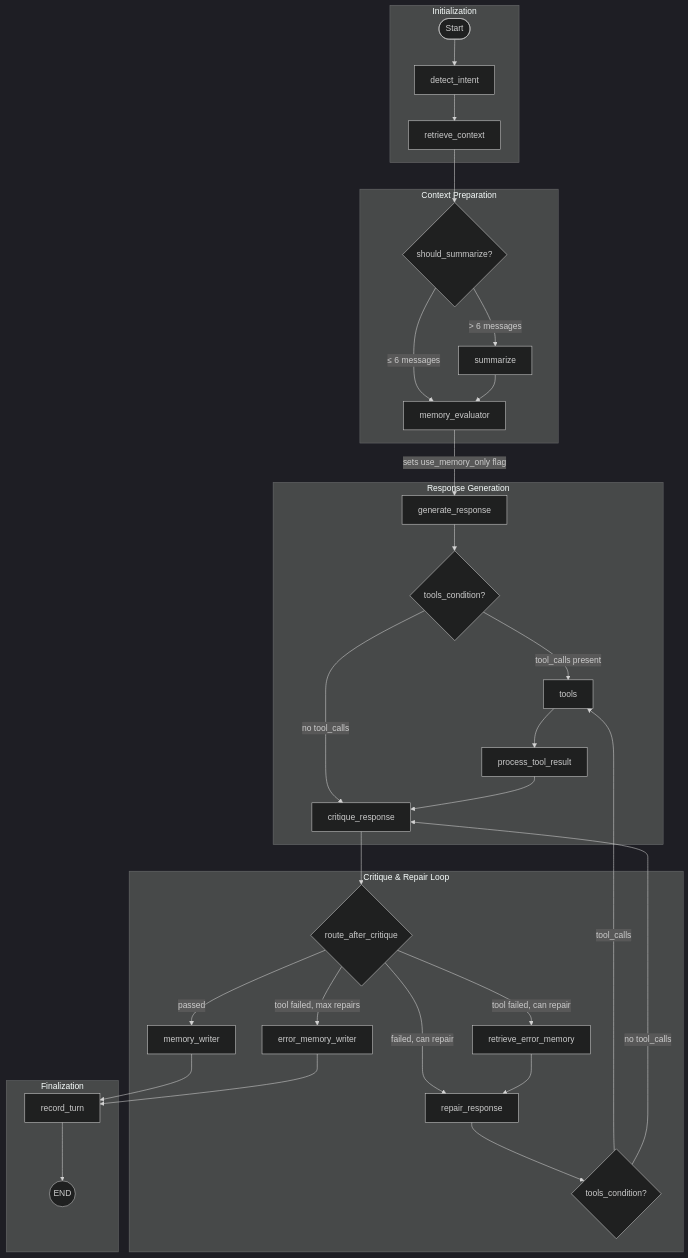
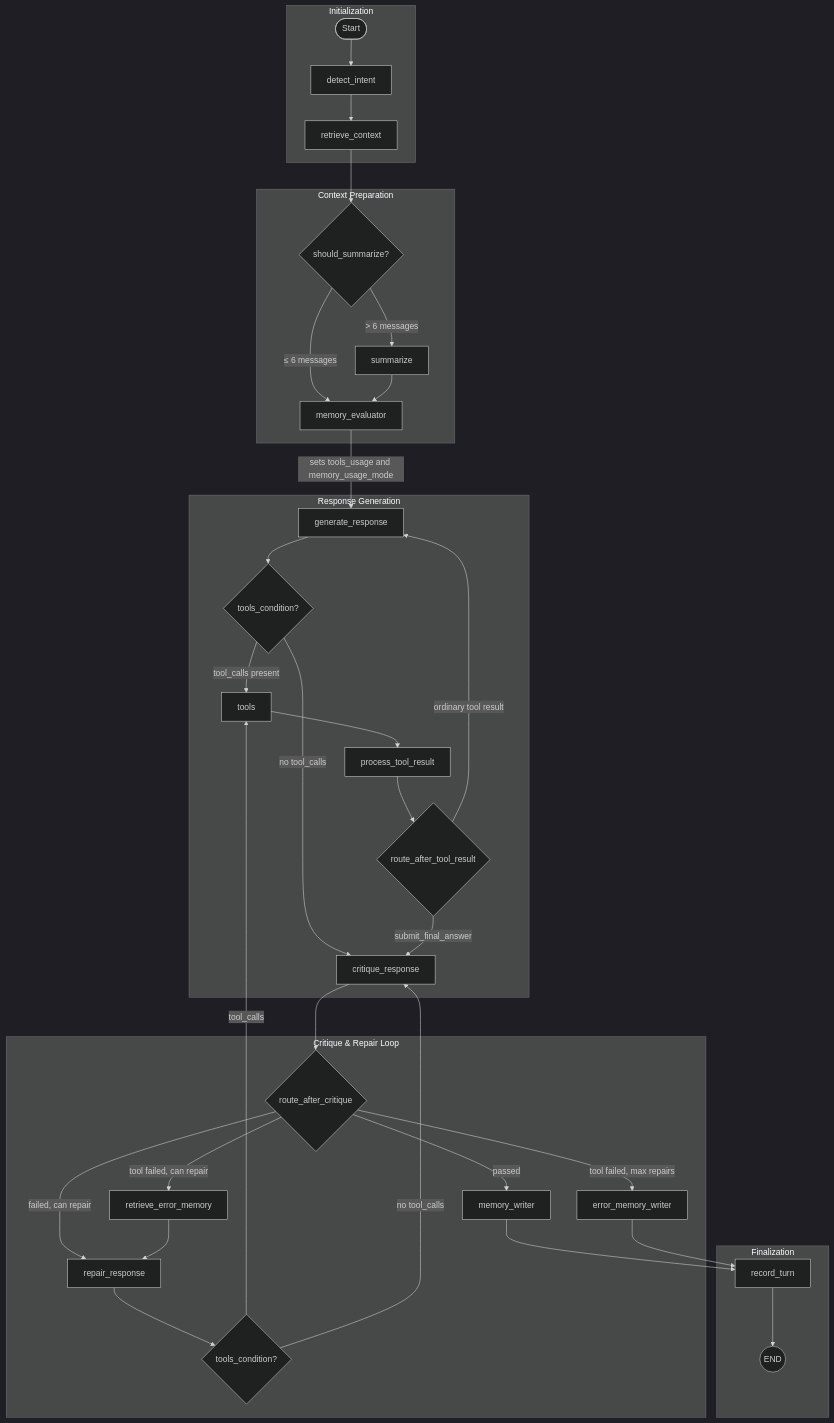
Before and after one commit to isameerkhan12/smart-home-langgraph: the diagram in docs/workflow-graph.md, drawn with Mermaid (dark theme). The commit also changed other lines of this file and 8 other files, not shown here.

````diff
--- a/docs/workflow-graph.md
+++ b/docs/workflow-graph.md
@@ -3,41 +3,43 @@
 ```mermaid
 flowchart TD
     subgraph init["Initialization"]
         A([Start]) --> B[detect_intent]
         B --> C[retrieve_context]
     end
 
     subgraph context["Context Preparation"]
         C --> D{should_summarize?}
         D -->|"> 6 messages"| E[summarize]
         D -->|"≤ 6 messages"| P[memory_evaluator]
         E --> P
     end
 
     subgraph generation["Response Generation"]
-        P -->|"sets use_memory_only flag"| F[generate_response]
+        P -->|"sets tools_usage and memory_usage_mode"| F[generate_response]
         F --> G{tools_condition?}
         G -->|"tool_calls present"| H[tools]
         G -->|"no tool_calls"| I[critique_response]
         H --> J[process_tool_result]
-        J --> I
+        J --> K{route_after_tool_result}
+        K -->|"ordinary tool result"| F
+        K -->|"submit_final_answer"| I
     end
 
     subgraph repair["Critique & Repair Loop"]
-        I --> K{route_after_critique}
-        K -->|"passed"| L[memory_writer]
-        K -->|"failed, can repair"| M[repair_response]
-        K -->|"tool failed, can repair"| N[retrieve_error_memory]
-        K -->|"tool failed, max repairs"| O[error_memory_writer]
+        I --> S{route_after_critique}
+        S -->|"passed"| L[memory_writer]
+        S -->|"failed, can repair"| M[repair_response]
+        S -->|"tool failed, can repair"| N[retrieve_error_memory]
+        S -->|"tool failed, max repairs"| O[error_memory_writer]
         N --> M
         M --> G2{tools_condition?}
         G2 -->|"tool_calls"| H
         G2 -->|"no tool_calls"| I
     end
 
     subgraph finish["Finalization"]
         L --> Q[record_turn]
         O --> Q
         Q --> R((END))
     end
 ```
````
